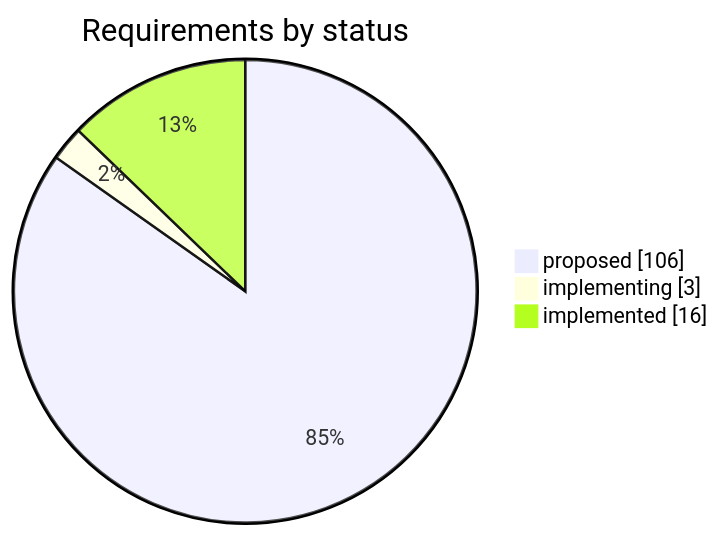
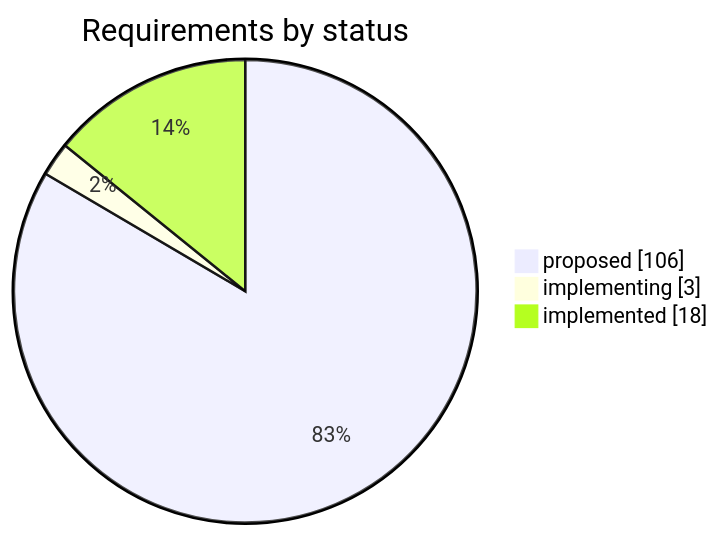
Before and after one commit to iammaxsu/automatic-testing-architecture: the first of 2 diagrams in STATUS.md, drawn with Mermaid. The commit also changed other lines of this file and 3 other files, not shown here.

````diff
--- a/STATUS.md
+++ b/STATUS.md
@@ -25,6 +25,6 @@
 ```mermaid
 pie showData title Requirements by status
     "proposed" : 106
     "implementing" : 3
-    "implemented" : 16
+    "implemented" : 18
 ```
````
